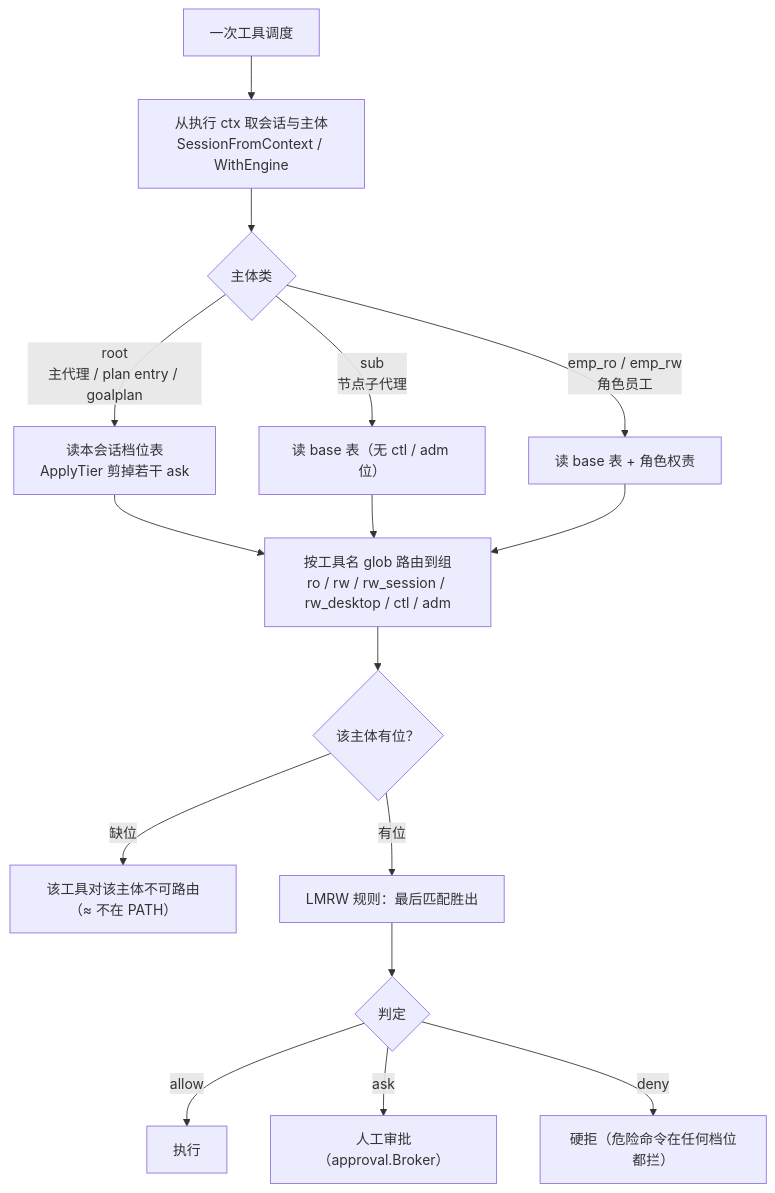
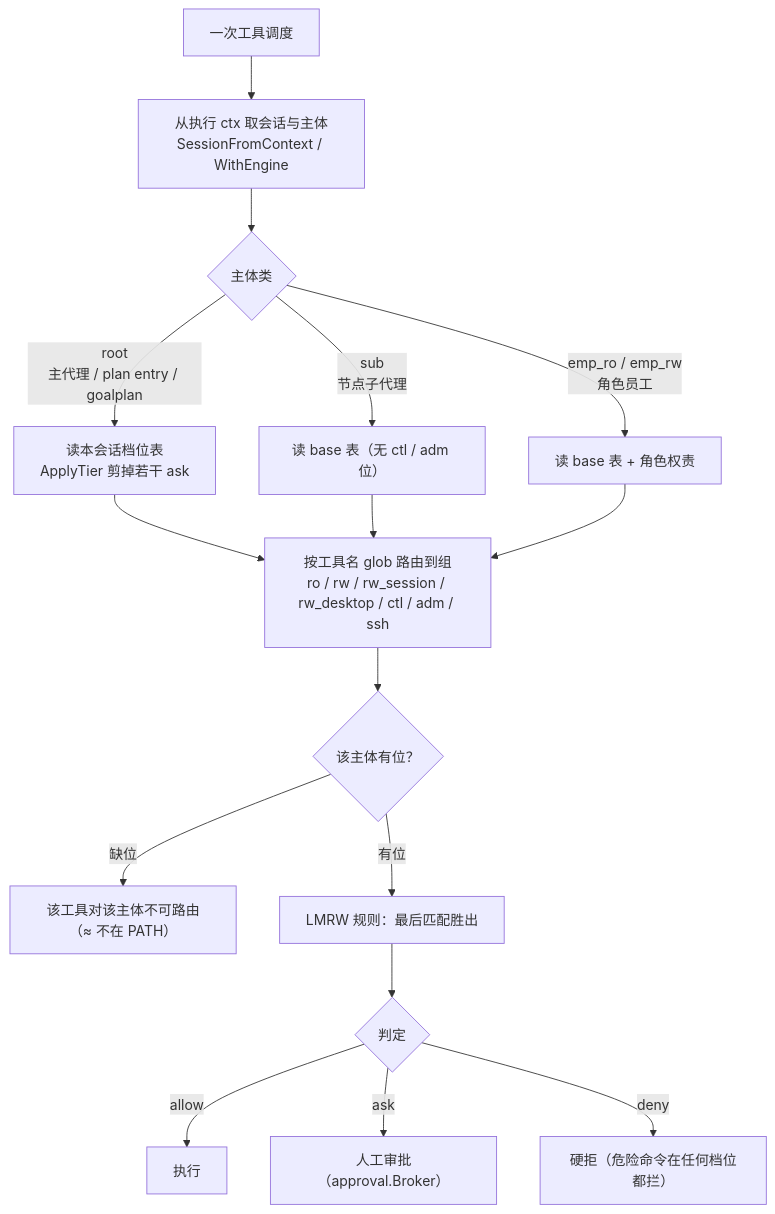
Before and after one commit to RedHuang-0622/seelex: the second of 3 diagrams in backend/tool/registry/README.md, drawn with Mermaid. The commit also changed other lines of this file and 83 other files, not shown here.

First line of the commit message:
feat(ssh): fix session-scoped role environments

````diff
--- a/backend/tool/registry/README.md
+++ b/backend/tool/registry/README.md
@@ -35,18 +35,18 @@
 ```mermaid
 flowchart TB
     CALL["一次工具调度"] --> CTX["从执行 ctx 取会话与主体<br/>SessionFromContext / WithEngine"]
     CTX --> CLASS{"主体类"}
     CLASS -->|root<br/>主代理 / plan entry / goalplan| ROOT["读本会话档位表<br/>ApplyTier 剪掉若干 ask"]
     CLASS -->|sub<br/>节点子代理| BASE1["读 base 表（无 ctl / adm 位）"]
     CLASS -->|emp_ro / emp_rw<br/>角色员工| BASE2["读 base 表 + 角色权责"]
-    ROOT --> GROUP["按工具名 glob 路由到组<br/>ro / rw / rw_session / rw_desktop / ctl / adm"]
+    ROOT --> GROUP["按工具名 glob 路由到组<br/>ro / rw / rw_session / rw_desktop / ctl / adm / ssh"]
     BASE1 --> GROUP
     BASE2 --> GROUP
     GROUP --> BITS{"该主体有位？"}
     BITS -->|缺位| NOWAY["该工具对该主体不可路由（≈ 不在 PATH）"]
     BITS -->|有位| RULES["LMRW 规则：最后匹配胜出"]
     RULES --> ACT{"判定"}
     ACT -->|allow| RUN["执行"]
     ACT -->|ask| APV["人工审批（approval.Broker）"]
     ACT -->|deny| BLOCK["硬拒（危险命令在任何档位都拦）"]
 ```
````
